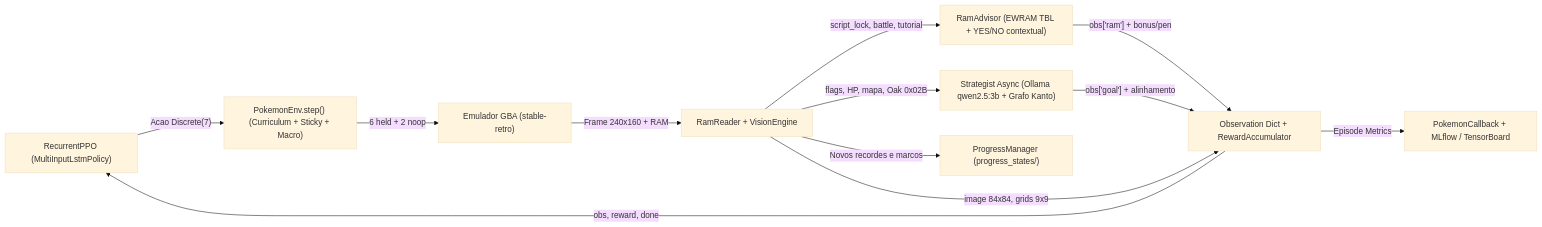
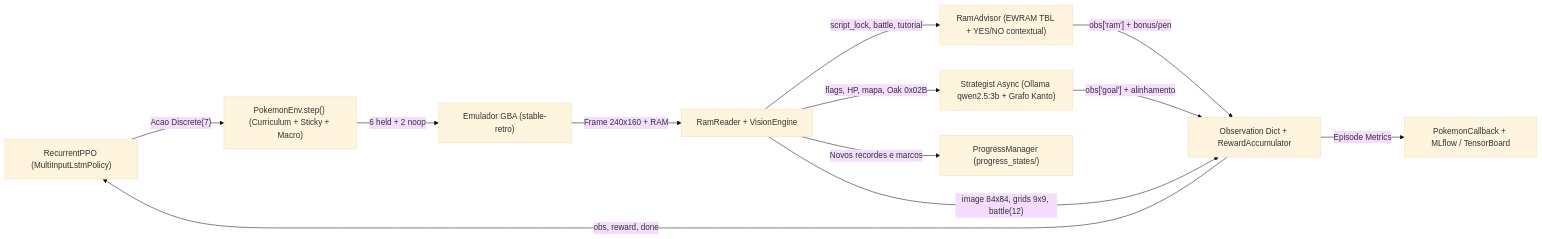
Before and after one commit to gtazevedo/pkmn_fire_red: the diagram in docs/index.md, drawn with Mermaid (base theme). The commit also changed other lines of this file and 16 other files, not shown here.

````diff
--- a/docs/index.md
+++ b/docs/index.md
@@ -24,14 +25,14 @@
 ```mermaid
 flowchart LR
     Agent["RecurrentPPO (MultiInputLstmPolicy)"] -->|"Acao Discrete(7)"| ActionFilter["PokemonEnv.step() (Curriculum + Sticky + Macro)"]
     ActionFilter -->|"6 held + 2 noop"| Retro["Emulador GBA (stable-retro)"]
     Retro -->|"Frame 240x160 + RAM"| Sensors["RamReader + VisionEngine"]
     Sensors -->|"script_lock, battle, tutorial"| Advisor["RamAdvisor (EWRAM TBL + YES/NO contextual)"]
     Sensors -->|"flags, HP, mapa, Oak 0x02B"| Strategist["Strategist Async (Ollama qwen2.5:3b + Grafo Kanto)"]
     Advisor -->|"obs['ram'] + bonus/pen"| Obs["Observation Dict + RewardAccumulator"]
     Strategist -->|"obs['goal'] + alinhamento"| Obs
-    Sensors -->|"image 84x84, grids 9x9"| Obs
+    Sensors -->|"image 84x84, grids 9x9, battle(12)"| Obs
     Obs -->|"obs, reward, done"| Agent
     Sensors -->|"Novos recordes e marcos"| Progress["ProgressManager (progress_states/)"]
     Obs -->|"Episode Metrics"| MLflow["PokemonCallback + MLflow / TensorBoard"]
 ```
````
